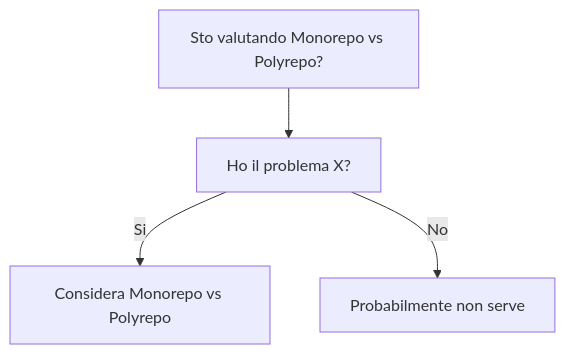
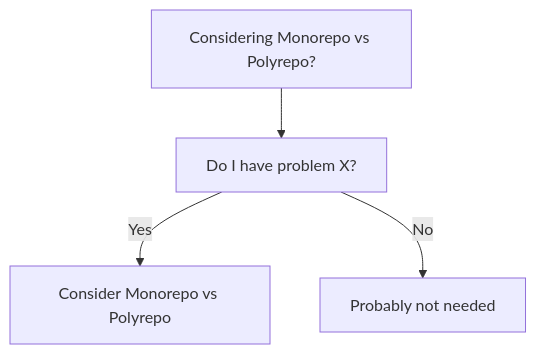
One commit to HxT9/Software-Dev-Wiki changed the diagram in dev-wiki/10_DevOps/Monorepo_vs_Polyrepo/When_To_Use.md. Above: the diagram before and after it, drawn with Mermaid. The commit also changed other lines of this file and 3444 other files, not shown here.

````diff
--- a/dev-wiki/10_DevOps/Monorepo_vs_Polyrepo/When_To_Use.md
+++ b/dev-wiki/10_DevOps/Monorepo_vs_Polyrepo/When_To_Use.md
@@ -19,6 +19,6 @@
 ```mermaid
 flowchart TD
-  Q[Sto valutando Monorepo vs Polyrepo?] --> Q1[Ho il problema X?]
-  Q1 -->|Si| OK[Considera Monorepo vs Polyrepo]
-  Q1 -->|No| NO[Probabilmente non serve]
+  Q[Considering Monorepo vs Polyrepo?] --> Q1[Do I have problem X?]
+  Q1 -->|Yes| OK[Consider Monorepo vs Polyrepo]
+  Q1 -->|No| NO[Probably not needed]
 ```
````
